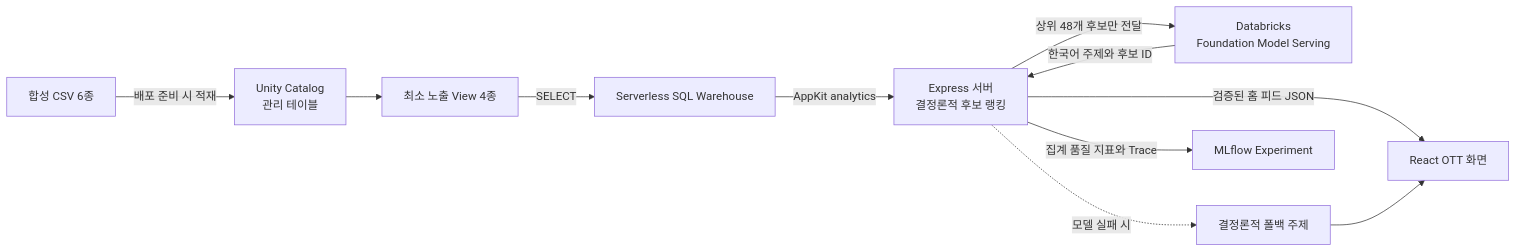
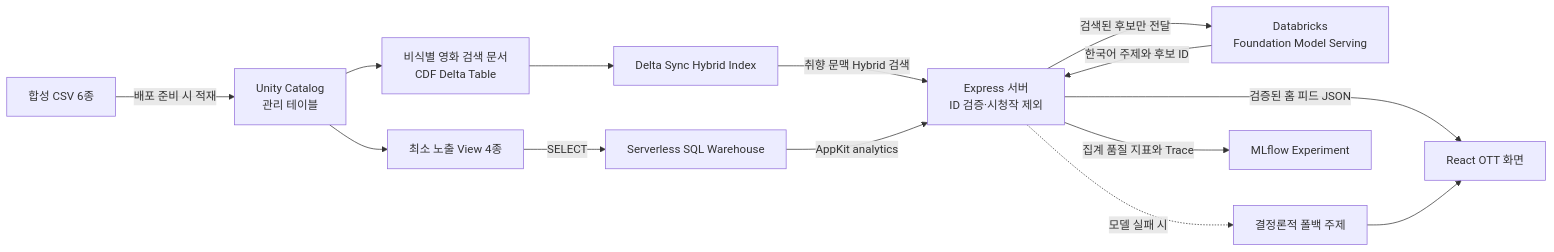
The diagram in docs/DATABRICKS_USAGE_KO.md (kentakang/databricks-tutorial-ott), drawn with Mermaid before and after one commit. The commit also changed other lines of this file and 25 other files, not shown here.

````diff
--- a/docs/DATABRICKS_USAGE_KO.md
+++ b/docs/DATABRICKS_USAGE_KO.md
@@ -9,13 +9,16 @@
 ```mermaid
 flowchart LR
     A[합성 CSV 6종] -->|배포 준비 시 적재| B[Unity Catalog<br/>관리 테이블]
     B --> C[최소 노출 View 4종]
+    B --> J[비식별 영화 검색 문서<br/>CDF Delta Table]
     C -->|SELECT| D[Serverless SQL Warehouse]
-    D -->|AppKit analytics| E[Express 서버<br/>결정론적 후보 랭킹]
-    E -->|상위 48개 후보만 전달| F[Databricks<br/>Foundation Model Serving]
+    J --> K[Delta Sync Hybrid Index]
+    K -->|취향 문맥 Hybrid 검색| E[Express 서버<br/>ID 검증·시청작 제외]
+    D -->|AppKit analytics| E
+    E -->|검색된 후보만 전달| F[Databricks<br/>Foundation Model Serving]
     F -->|한국어 주제와 후보 ID| E
     E -->|검증된 홈 피드 JSON| G[React OTT 화면]
     E -.모델 실패 시.-> H[결정론적 폴백 주제]
     H --> G
     E -->|집계 품질 지표와 Trace| I[MLflow Experiment]
 ```
````
